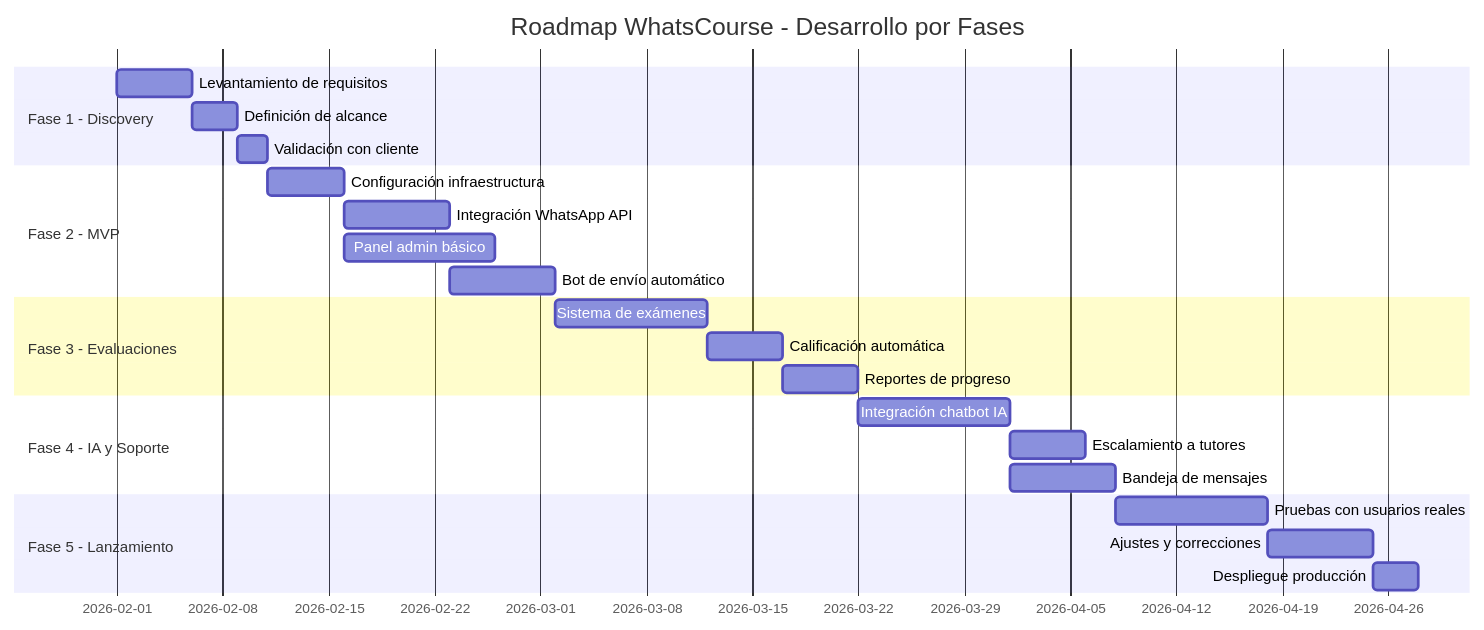
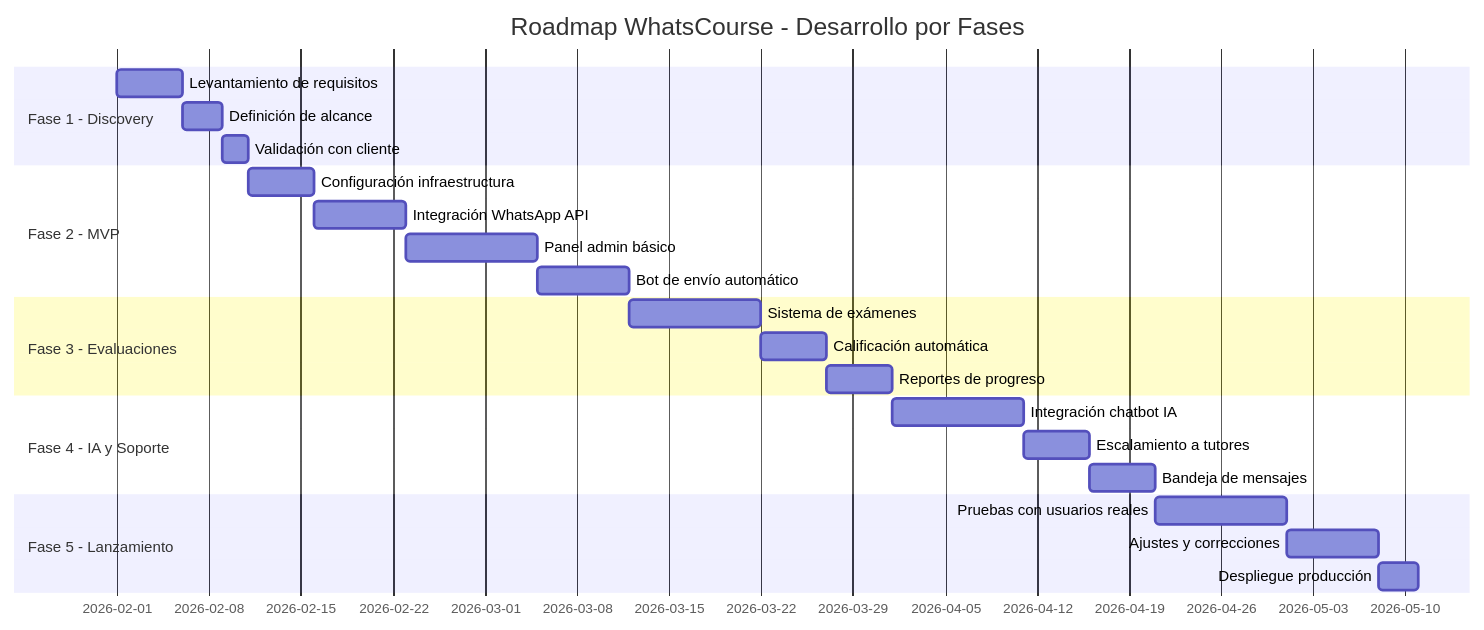
Before and after one commit to erikaluciafuertes/Project-Proposals: the first of 8 diagrams in roadmap.md, drawn with Mermaid. The commit also changed other lines of this file, not shown here.

````diff
--- a/roadmap.md
+++ b/roadmap.md
@@ -5,30 +5,31 @@
 ```mermaid
 gantt
     title Roadmap WhatsCourse - Desarrollo por Fases
     dateFormat  YYYY-MM-DD
+    
     section Fase 1 - Discovery
     Levantamiento de requisitos      :f1a, 2026-02-01, 5d
     Definición de alcance            :f1b, after f1a, 3d
     Validación con cliente           :f1c, after f1b, 2d
     
     section Fase 2 - MVP
     Configuración infraestructura    :f2a, after f1c, 5d
     Integración WhatsApp API         :f2b, after f2a, 7d
-    Panel admin básico               :f2c, after f2a, 10d
-    Bot de envío automático          :f2d, after f2b, 7d
+    Panel admin básico               :f2c, after f2b, 10d
+    Bot de envío automático          :f2d, after f2c, 7d
     
     section Fase 3 - Evaluaciones
     Sistema de exámenes              :f3a, after f2d, 10d
     Calificación automática          :f3b, after f3a, 5d
     Reportes de progreso             :f3c, after f3b, 5d
     
     section Fase 4 - IA y Soporte
     Integración chatbot IA           :f4a, after f3c, 10d
     Escalamiento a tutores           :f4b, after f4a, 5d
-    Bandeja de mensajes              :f4c, after f4a, 7d
+    Bandeja de mensajes              :f4c, after f4b, 5d
     
     section Fase 5 - Lanzamiento
     Pruebas con usuarios reales      :f5a, after f4c, 10d
     Ajustes y correcciones           :f5b, after f5a, 7d
     Despliegue producción            :f5c, after f5b, 3d
 ```
````
